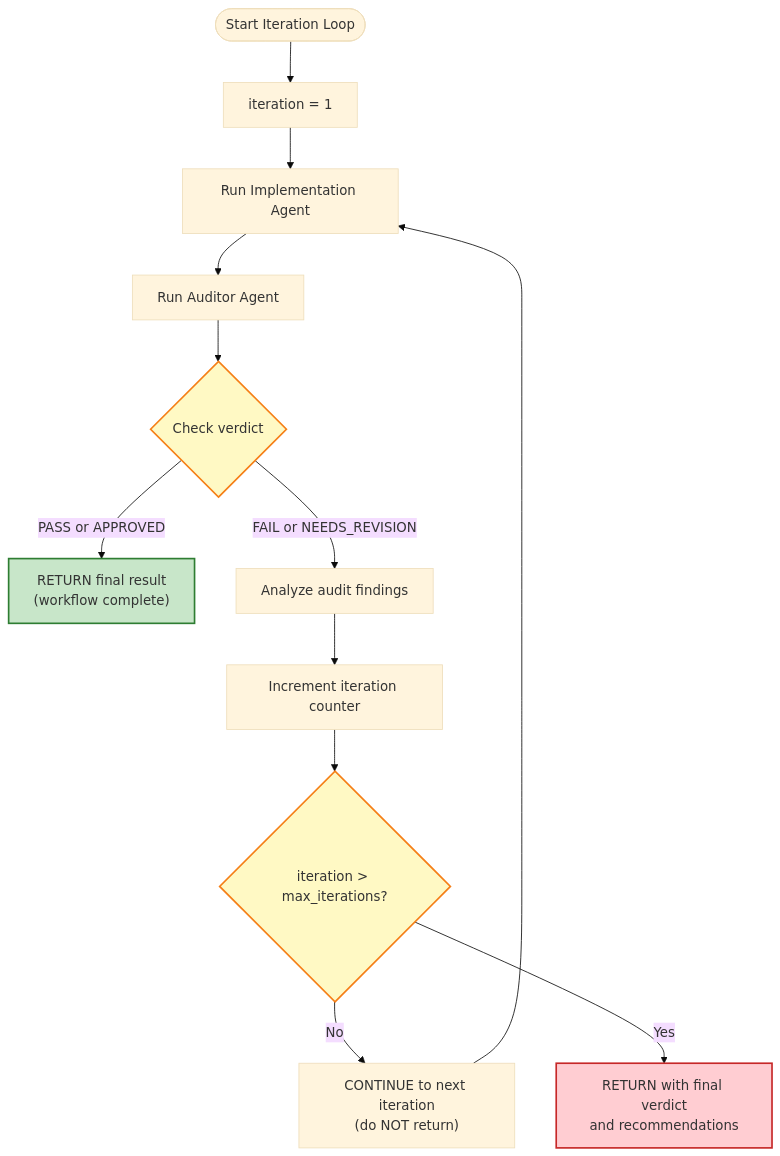
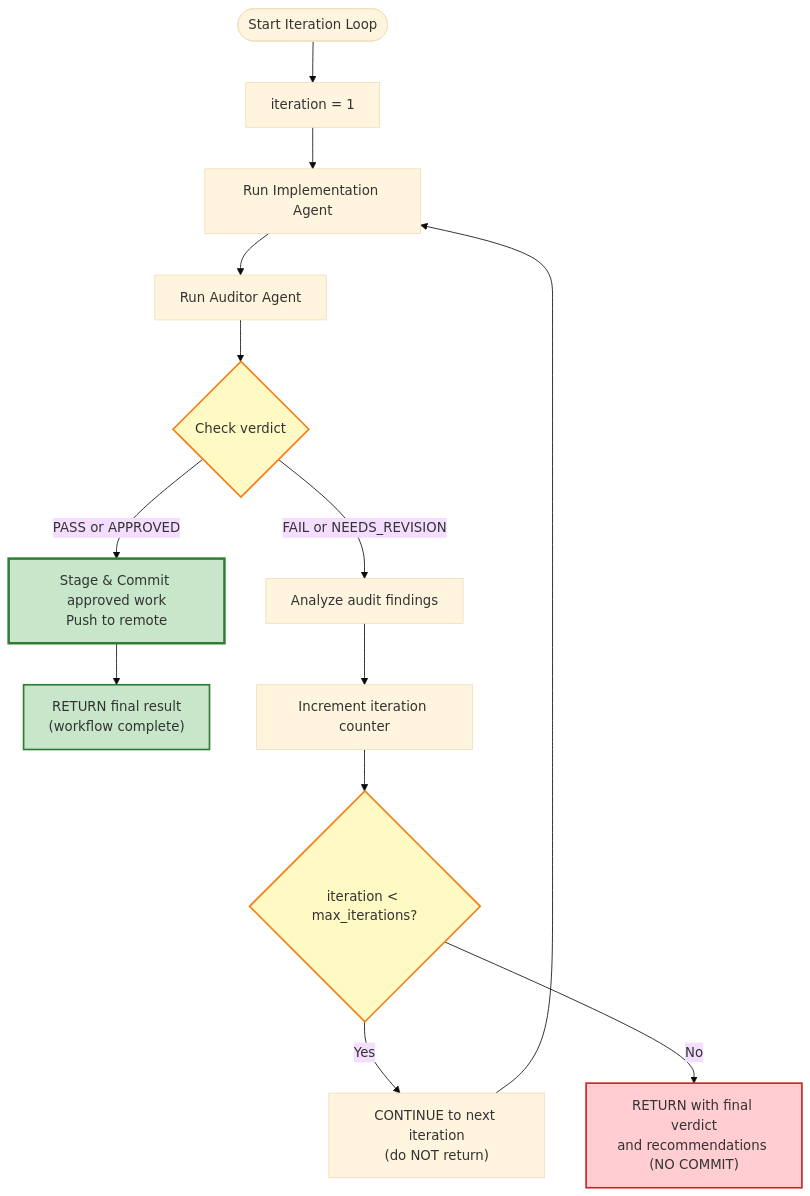
Before and after one commit to abcxyzx0099/datachat: the third of 4 diagrams in .claude/skills/task-worker/SKILL.md, drawn with Mermaid (base theme). The commit also changed other lines of this file and 1 other file, not shown here.

````diff
--- a/.claude/skills/task-worker/SKILL.md
+++ b/.claude/skills/task-worker/SKILL.md
@@ -191,34 +254,38 @@
 ```mermaid
 flowchart TD
     Start(["Start Iteration Loop"])
     Init["iteration = 1"]
     ImplAgent["Run Implementation Agent"]
     AuditAgent["Run Auditor Agent"]
     CheckVerdict{"Check verdict"}
 
+    CommitPush["Stage & Commit approved work<br/>Push to remote"]
     PassReturn["RETURN final result<br/>(workflow complete)"]
     AnalyzeFail["Analyze audit findings"]
     Increment["Increment iteration counter"]
     ContinueNextIter["CONTINUE to next iteration<br/>(do NOT return)"]
-    MaxIterCheck{"iteration > max_iterations?"}
-    MaxIterReturn["RETURN with final verdict<br/>and recommendations"]
+    MaxIterCheck{"iteration < max_iterations?"}
+    MaxIterReturn["RETURN with final verdict<br/>and recommendations (NO COMMIT)"]
 
     Start --> Init
     Init --> ImplAgent
     ImplAgent --> AuditAgent
     AuditAgent --> CheckVerdict
 
-    CheckVerdict -->|PASS or APPROVED| PassReturn
+    CheckVerdict -->|PASS or APPROVED| CommitPush
     CheckVerdict -->|FAIL or NEEDS_REVISION| AnalyzeFail
+
+    CommitPush --> PassReturn
 
     AnalyzeFail --> Increment
     Increment --> MaxIterCheck
-    MaxIterCheck -->|No| ContinueNextIter
+    MaxIterCheck -->|Yes| ContinueNextIter
     ContinueNextIter --> ImplAgent
-    MaxIterCheck -->|Yes| MaxIterReturn
+    MaxIterCheck -->|No| MaxIterReturn
 
     style CheckVerdict fill:#fff9c4,stroke:#f57f17,stroke-width:2px
     style MaxIterCheck fill:#fff9c4,stroke:#f57f17,stroke-width:2px
+    style CommitPush fill:#c8e6c9,stroke:#2e7d32,stroke-width:3px
     style PassReturn fill:#c8e6c9,stroke:#2e7d32,stroke-width:2px
     style MaxIterReturn fill:#ffcdd2,stroke:#c62828,stroke-width:2px
 ```
````
